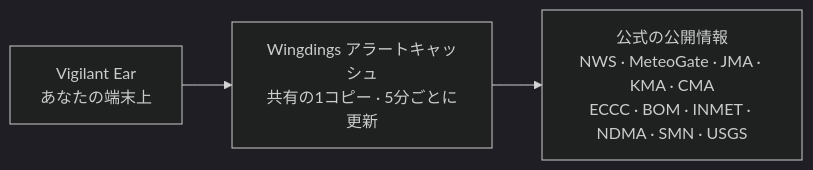
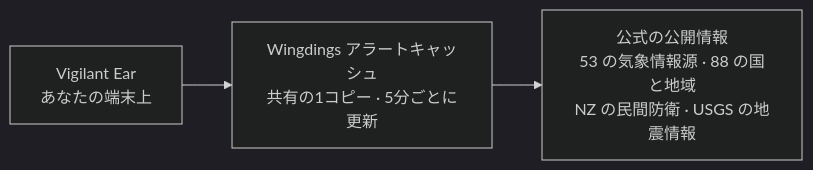
The fourth of 4 diagrams in README_ja.md (rpalm01-star/VigilantEarLegal), drawn with Mermaid (dark theme) before and after one commit. The commit also changed other lines of this file and 44 other files, not shown here.

````diff
--- a/README_ja.md
+++ b/README_ja.md
@@ -171,5 +171,5 @@
 ```mermaid
 graph LR
     P1["Vigilant Ear<br/>あなたの端末上"] --> W["Wingdings アラートキャッシュ<br/>共有の1コピー · 5分ごとに更新"]
-    W --> N["公式の公開情報<br/>NWS · MeteoGate · JMA · KMA · CMA<br/>ECCC · BOM · INMET · NDMA · SMN · USGS"]
+    W --> N["公式の公開情報<br/>53 の気象情報源 · 88 の国と地域<br/>NZ の民間防衛 · USGS の地震情報"]
 ```
````
